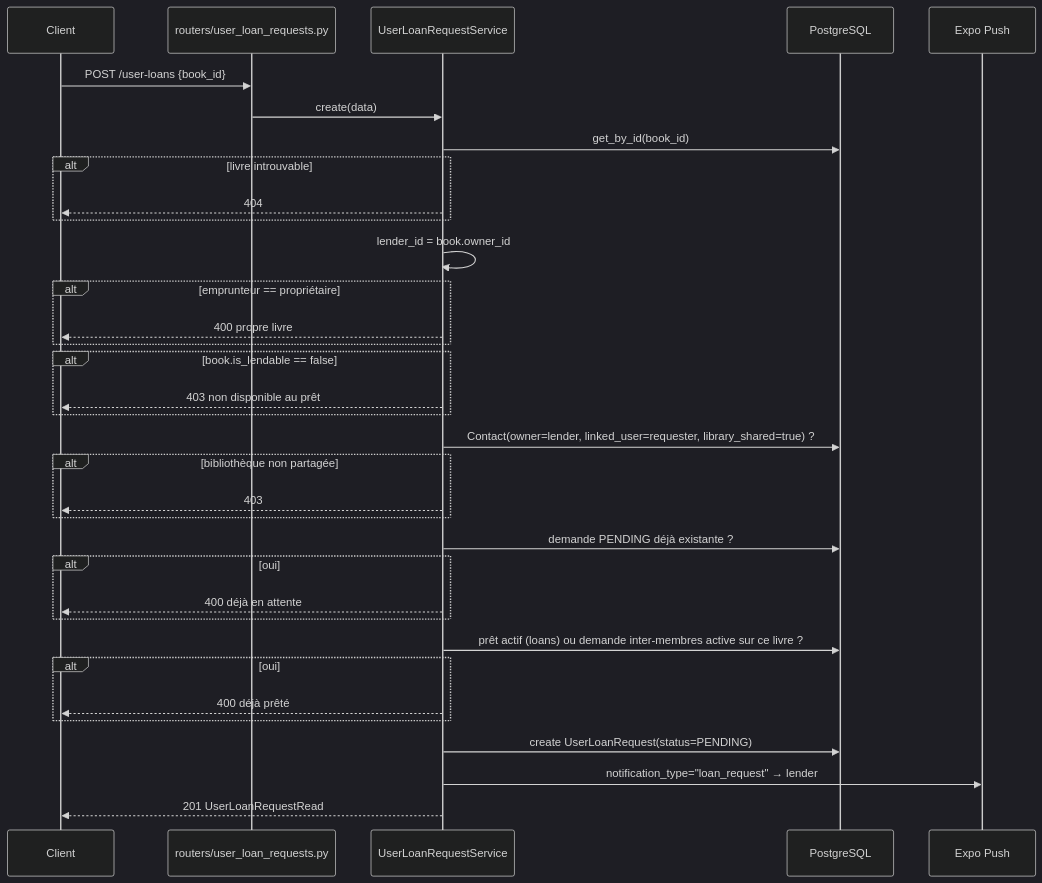
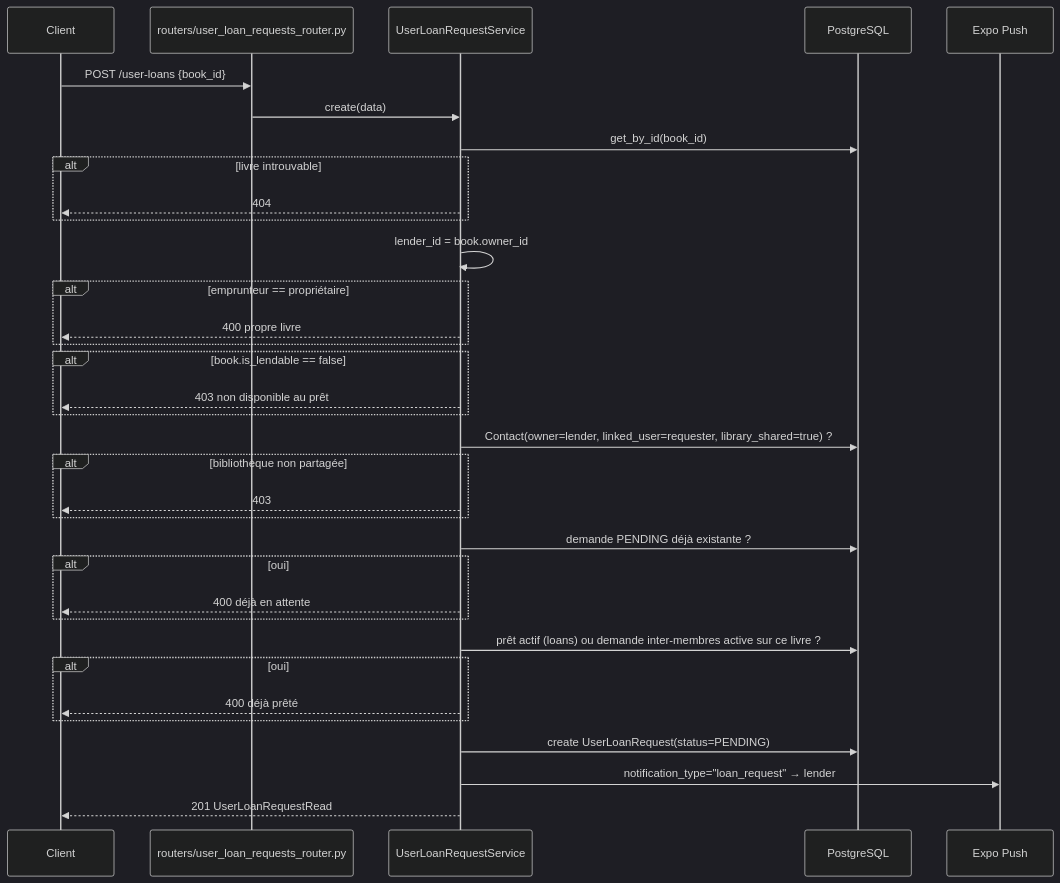
Before and after one commit to llCelmarll/Bibliotheque2: the third of 4 diagrams in docs/ARCHITECTURE.md, drawn with Mermaid (dark theme). The commit also changed other lines of this file and 171 other files, not shown here.

First line of the commit message:
refactor(backend): suffixer les fichiers models/routers/schemas par couche

````diff
--- a/docs/ARCHITECTURE.md
+++ b/docs/ARCHITECTURE.md
@@ -90,37 +90,37 @@
 ```mermaid
 sequenceDiagram
     participant C as Client
-    participant R as routers/user_loan_requests.py
+    participant R as routers/user_loan_requests_router.py
     participant S as UserLoanRequestService
     participant DB as PostgreSQL
     participant Push as Expo Push
 
     C->>R: POST /user-loans {book_id}
     R->>S: create(data)
     S->>DB: get_by_id(book_id)
     alt livre introuvable
         S-->>C: 404
     end
     S->>S: lender_id = book.owner_id
     alt emprunteur == propriétaire
         S-->>C: 400 propre livre
     end
     alt book.is_lendable == false
         S-->>C: 403 non disponible au prêt
     end
     S->>DB: Contact(owner=lender, linked_user=requester, library_shared=true) ?
     alt bibliothèque non partagée
         S-->>C: 403
     end
     S->>DB: demande PENDING déjà existante ?
     alt oui
         S-->>C: 400 déjà en attente
     end
     S->>DB: prêt actif (loans) ou demande inter-membres active sur ce livre ?
     alt oui
         S-->>C: 400 déjà prêté
     end
     S->>DB: create UserLoanRequest(status=PENDING)
     S->>Push: notification_type="loan_request" → lender
     S-->>C: 201 UserLoanRequestRead
 ```
````
